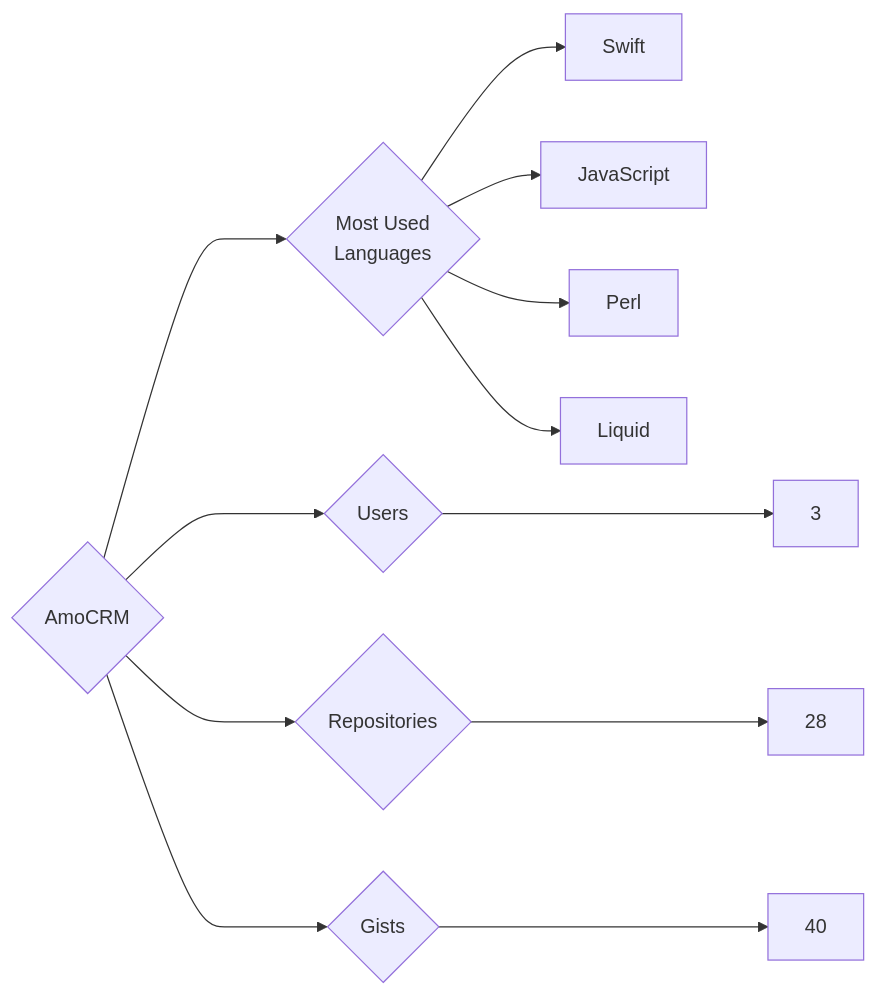
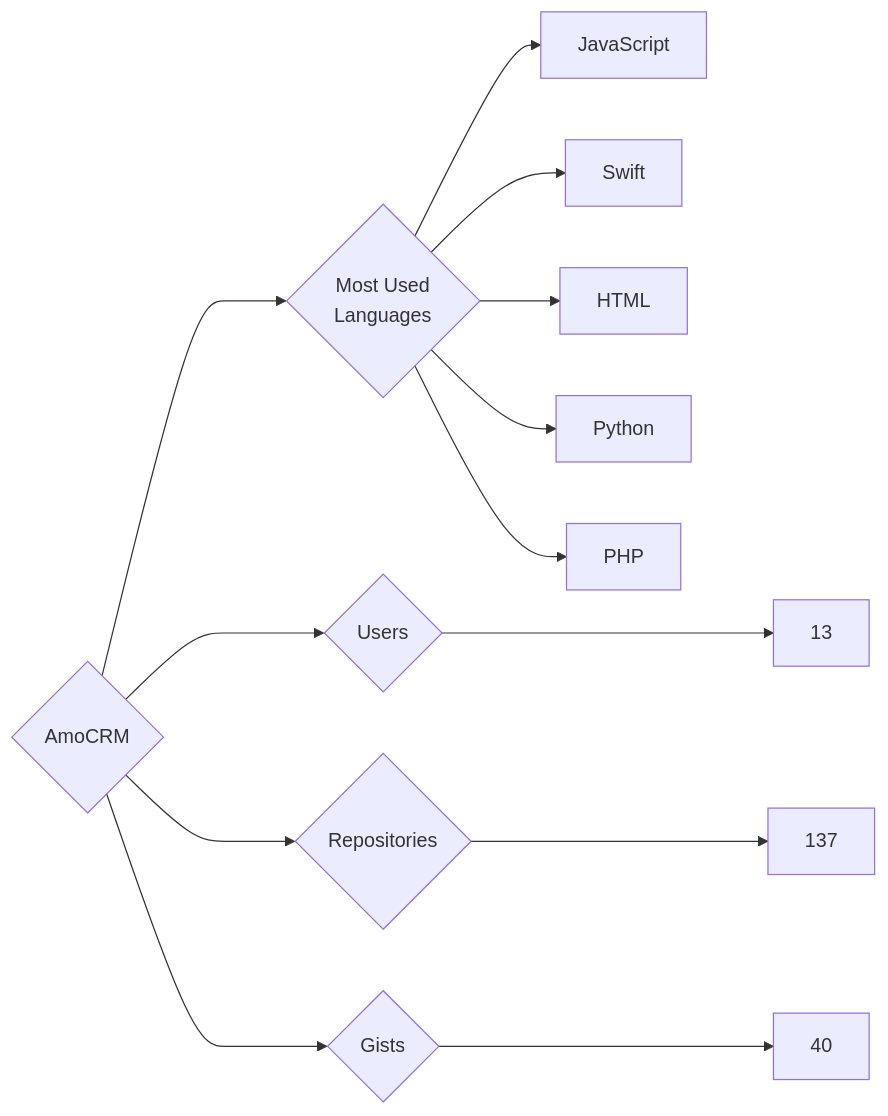
Before and after one commit to trickest/insiders: the diagram in targets/AmoCRM/README.md, drawn with Mermaid. The commit also changed 894 other files, not shown here.

````diff
--- a/targets/AmoCRM/README.md
+++ b/targets/AmoCRM/README.md
@@ -3,12 +3,13 @@
 ```mermaid
 graph LR
 COMPANY_NAME{AmoCRM}
-COMPANY_NAME ---> U{Users} ---> UN[3]
-COMPANY_NAME ---> R{Repositories} ---> RN[28]
+COMPANY_NAME ---> U{Users} ---> UN[13]
+COMPANY_NAME ---> R{Repositories} ---> RN[137]
 COMPANY_NAME ---> G{Gists} ---> GN[40]
 COMPANY_NAME ---> ML{Most Used<br>Languages}
+ML --> JavaScript[JavaScript]
 ML --> Swift[Swift]
-ML --> JavaScript[JavaScript]
-ML --> Perl[Perl]
-ML --> Liquid[Liquid]
+ML --> HTML[HTML]
+ML --> Python[Python]
+ML --> PHP[PHP]
 ```
````
